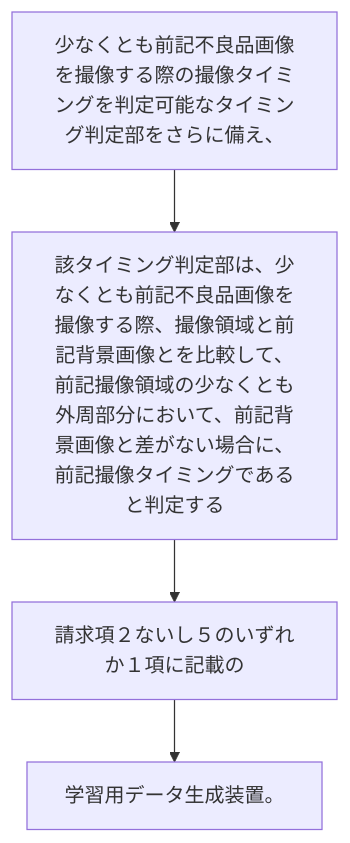
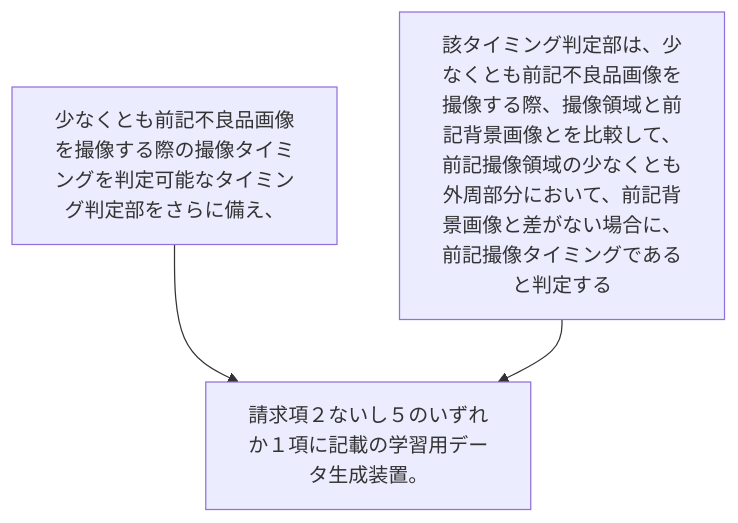
One commit to shinmori55/patent_analyzed changed the diagram in 2024/JP2024000284A/claim_7/claim_7_graph.md. Above: the diagram before and after it, drawn with Mermaid. The commit also changed 15 other files, not shown here.

````diff
--- a/2024/JP2024000284A/claim_7/claim_7_graph.md
+++ b/2024/JP2024000284A/claim_7/claim_7_graph.md
@@ -1,10 +1,8 @@
 ```mermaid
 flowchart TD
 A[少なくとも前記不良品画像を撮像する際の撮像タイミングを判定可能なタイミング判定部をさらに備え、]
 B[該タイミング判定部は、少なくとも前記不良品画像を撮像する際、撮像領域と前記背景画像とを比較して、前記撮像領域の少なくとも外周部分において、前記背景画像と差がない場合に、前記撮像タイミングであると判定する]
-C[請求項２ないし５のいずれか１項に記載の]
-D[学習用データ生成装置。]
-A --> B
+C[請求項２ないし５のいずれか１項に記載の学習用データ生成装置。]
+A --> C
 B --> C
-C --> D
 ```
````
